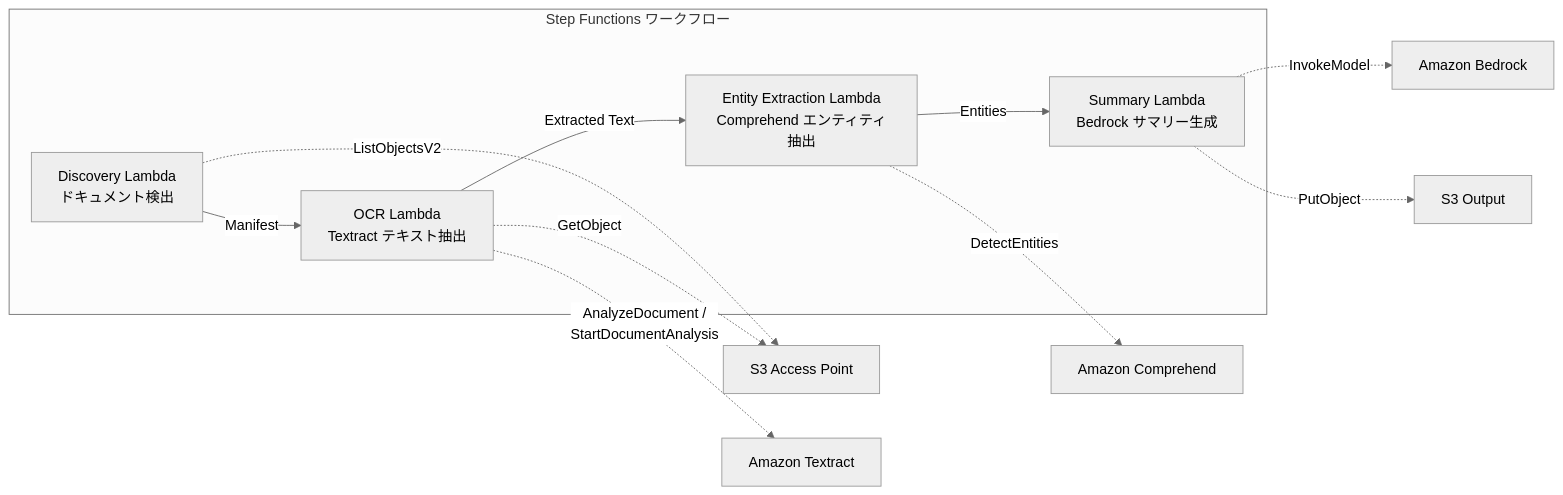
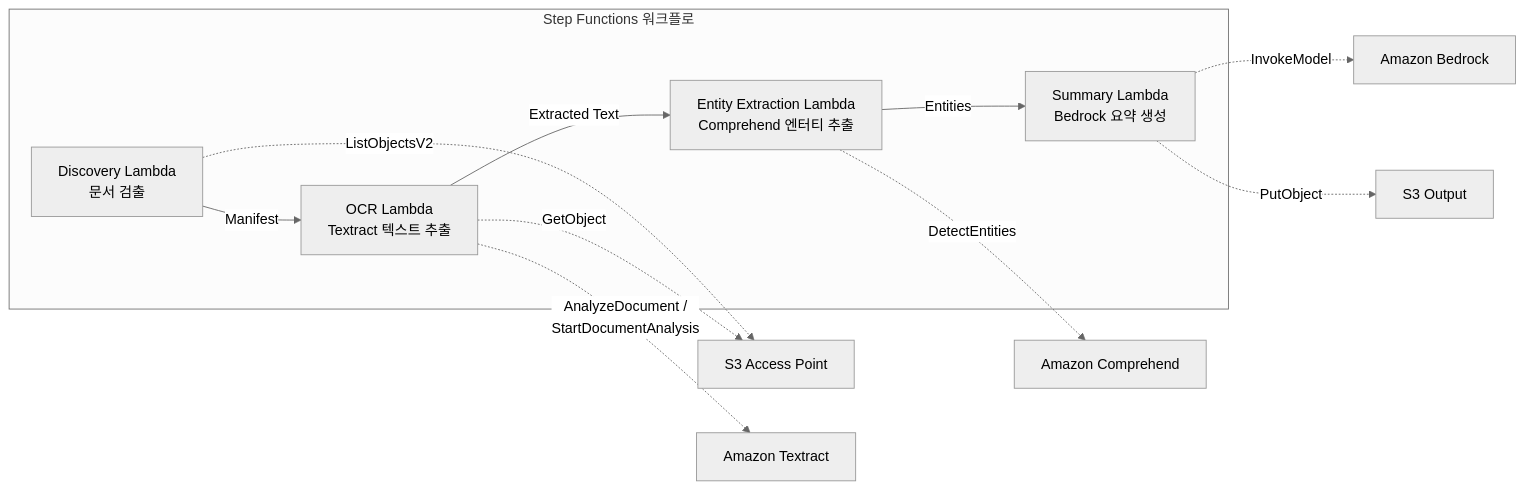
Before and after one commit to Yoshiki0705/FSx-for-ONTAP-S3AccessPoints-Serverless-Patterns: the diagram in solutions/industry/financial-idp/README.ko.md, drawn with Mermaid (neutral theme). The commit also changed other lines of this file and 20 other files, not shown here.

````diff
--- a/solutions/industry/financial-idp/README.ko.md
+++ b/solutions/industry/financial-idp/README.ko.md
@@ -40,20 +52,20 @@
 ```mermaid
 graph LR
-    subgraph "Step Functions ワークフロー"
-        D[Discovery Lambda<br/>ドキュメント検出]
-        OCR[OCR Lambda<br/>Textract テキスト抽出]
-        ENT[Entity Extraction Lambda<br/>Comprehend エンティティ抽出]
-        SUM[Summary Lambda<br/>Bedrock サマリー生成]
+    subgraph "Step Functions 워크플로"
+        D[Discovery Lambda<br/>문서 검출]
+        OCR[OCR Lambda<br/>Textract 텍스트 추출]
+        ENT[Entity Extraction Lambda<br/>Comprehend 엔터티 추출]
+        SUM[Summary Lambda<br/>Bedrock 요약 생성]
     end
 
     D -->|Manifest| OCR
     OCR -->|Extracted Text| ENT
     ENT -->|Entities| SUM
 
     D -.->|ListObjectsV2| S3AP[S3 Access Point]
     OCR -.->|GetObject| S3AP
     OCR -.->|AnalyzeDocument /<br/>StartDocumentAnalysis| Textract[Amazon Textract]
     ENT -.->|DetectEntities| Comprehend[Amazon Comprehend]
     SUM -.->|InvokeModel| Bedrock[Amazon Bedrock]
     SUM -.->|PutObject| S3OUT[S3 Output]
 ```
````
